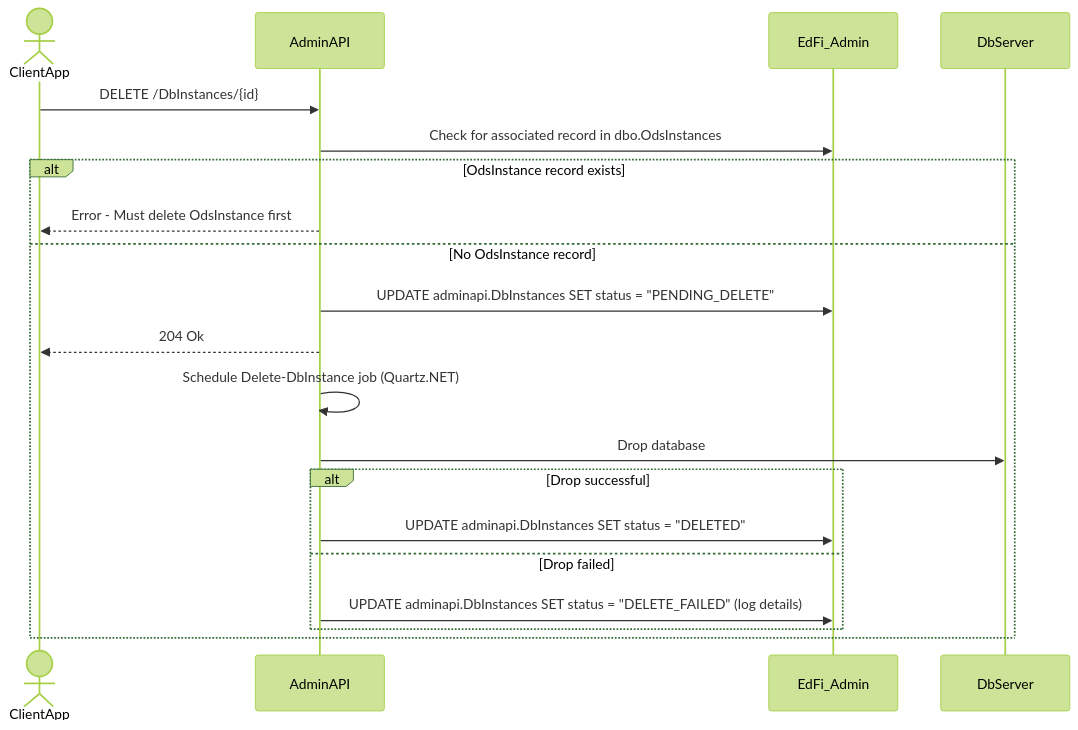
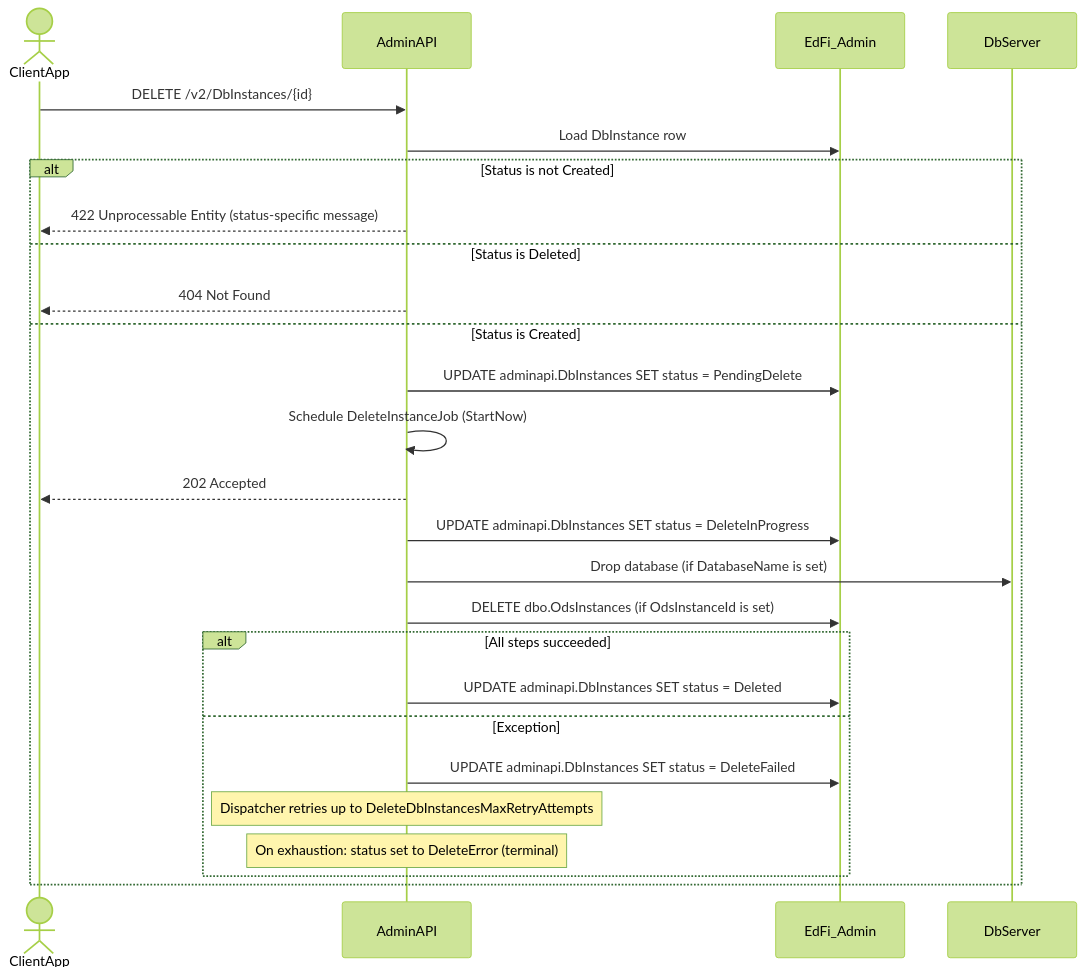
Before and after one commit to Ed-Fi-Alliance-OSS/ODS-Admin-API: the third of 3 diagrams in docs/design/INSTANCE-MANAGEMENT.md, drawn with Mermaid (forest theme). The commit also changed other lines of this file and 37 other files, not shown here.

Commit message:
[ADMINAPI-1342] Delete DbInstances Jobs

````diff
--- a/docs/design/INSTANCE-MANAGEMENT.md
+++ b/docs/design/INSTANCE-MANAGEMENT.md
@@ -178,23 +195,29 @@
 ```mermaid
 sequenceDiagram
   actor ClientApp
   participant AdminAPI
   participant EdFi_Admin
   participant DbServer
 
-  ClientApp ->> AdminAPI: DELETE /DbInstances/{id}
-  AdminAPI ->> EdFi_Admin: Check for associated record in dbo.OdsInstances
-  alt OdsInstance record exists
-    AdminAPI -->> ClientApp: Error - Must delete OdsInstance first
-  else No OdsInstance record
-    AdminAPI ->> EdFi_Admin: UPDATE adminapi.DbInstances SET status = "PENDING_DELETE"
-    AdminAPI -->> ClientApp: 204 Ok
-    AdminAPI ->> AdminAPI: Schedule Delete-DbInstance job (Quartz.NET)
-    AdminAPI ->> DbServer: Drop database
-    alt Drop successful
-      AdminAPI ->> EdFi_Admin: UPDATE adminapi.DbInstances SET status = "DELETED"
-    else Drop failed
-      AdminAPI ->> EdFi_Admin: UPDATE adminapi.DbInstances SET status = "DELETE_FAILED" (log details)
+  ClientApp ->> AdminAPI: DELETE /v2/DbInstances/{id}
+  AdminAPI ->> EdFi_Admin: Load DbInstance row
+  alt Status is not Created
+    AdminAPI -->> ClientApp: 422 Unprocessable Entity (status-specific message)
+  else Status is Deleted
+    AdminAPI -->> ClientApp: 404 Not Found
+  else Status is Created
+    AdminAPI ->> EdFi_Admin: UPDATE adminapi.DbInstances SET status = PendingDelete
+    AdminAPI ->> AdminAPI: Schedule DeleteInstanceJob (StartNow)
+    AdminAPI -->> ClientApp: 202 Accepted
+    AdminAPI ->> EdFi_Admin: UPDATE adminapi.DbInstances SET status = DeleteInProgress
+    AdminAPI ->> DbServer: Drop database (if DatabaseName is set)
+    AdminAPI ->> EdFi_Admin: DELETE dbo.OdsInstances (if OdsInstanceId is set)
+    alt All steps succeeded
+      AdminAPI ->> EdFi_Admin: UPDATE adminapi.DbInstances SET status = Deleted
+    else Exception
+      AdminAPI ->> EdFi_Admin: UPDATE adminapi.DbInstances SET status = DeleteFailed
+      Note over AdminAPI: Dispatcher retries up to DeleteDbInstancesMaxRetryAttempts
+      Note over AdminAPI: On exhaustion: status set to DeleteError (terminal)
     end
   end
 ```
````
